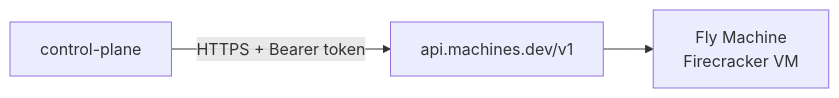
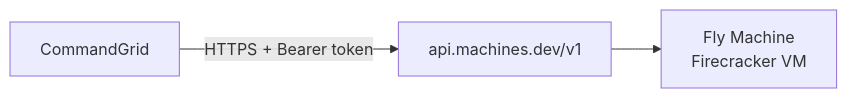
Before and after one commit to Travbz/control-plane: the third of 3 diagrams in docs/provisioners.md, drawn with Mermaid. The commit also changed other lines of this file and 6 other files, not shown here.

````diff
--- a/docs/provisioners.md
+++ b/docs/provisioners.md
@@ -101,5 +101,5 @@
 ```mermaid
 flowchart LR
-    CP[control-plane] -->|"HTTPS + Bearer token"| API["api.machines.dev/v1"]
+    CP[CommandGrid] -->|"HTTPS + Bearer token"| API["api.machines.dev/v1"]
     API --> VM[Fly Machine<br/>Firecracker VM]
 ```
````
